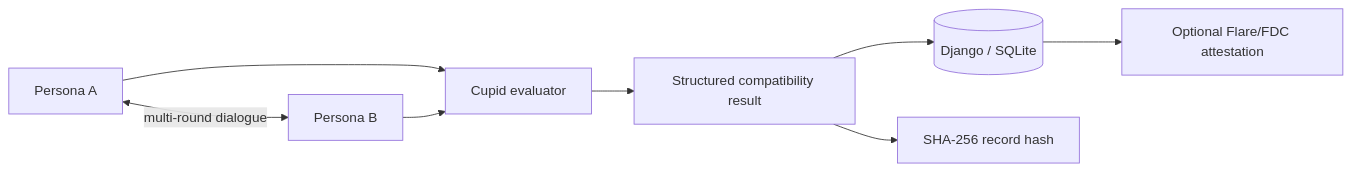
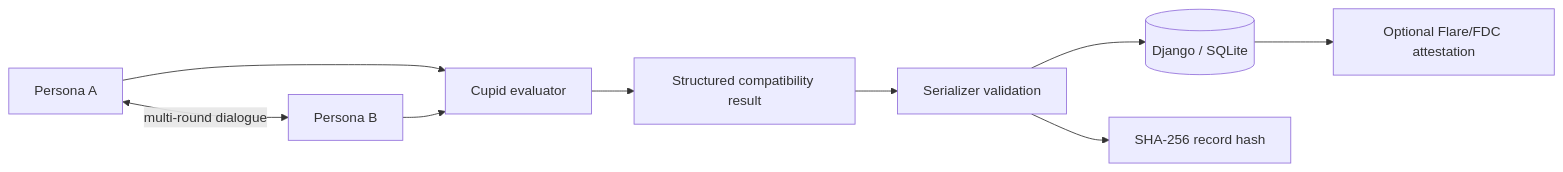
The diagram in README.md (Ultraviolet-Chikorita/onesoul_webapp), drawn with Mermaid before and after one commit. The commit also changed other lines of this file, not shown here.

````diff
--- a/README.md
+++ b/README.md
@@ -9,10 +9,11 @@
 ```mermaid
 flowchart LR
     A[Persona A] <-->|multi-round dialogue| B[Persona B]
     A --> C[Cupid evaluator]
     B --> C
     C --> R[Structured compatibility result]
-    R --> DB[(Django / SQLite)]
-    R --> H[SHA-256 record hash]
+    R --> V[Serializer validation]
+    V --> DB[(Django / SQLite)]
+    V --> H[SHA-256 record hash]
     DB --> F[Optional Flare/FDC attestation]
 ```
````
